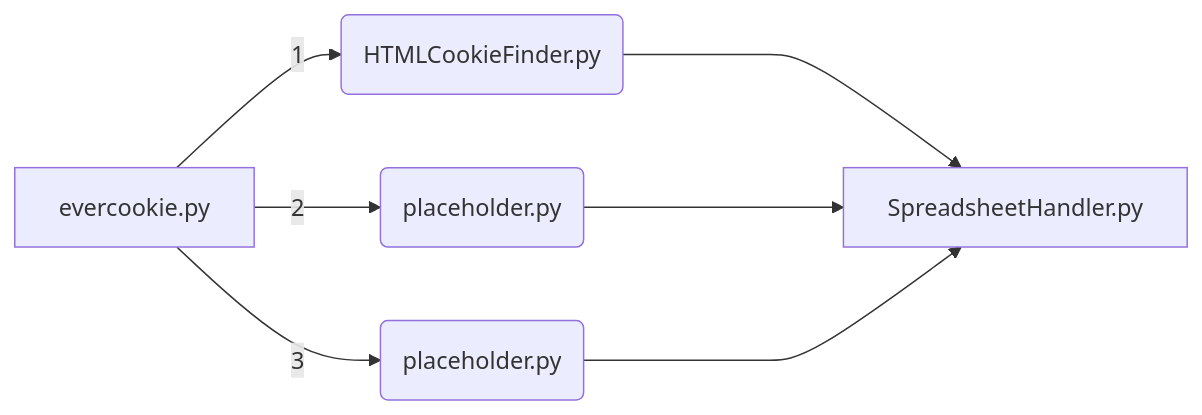
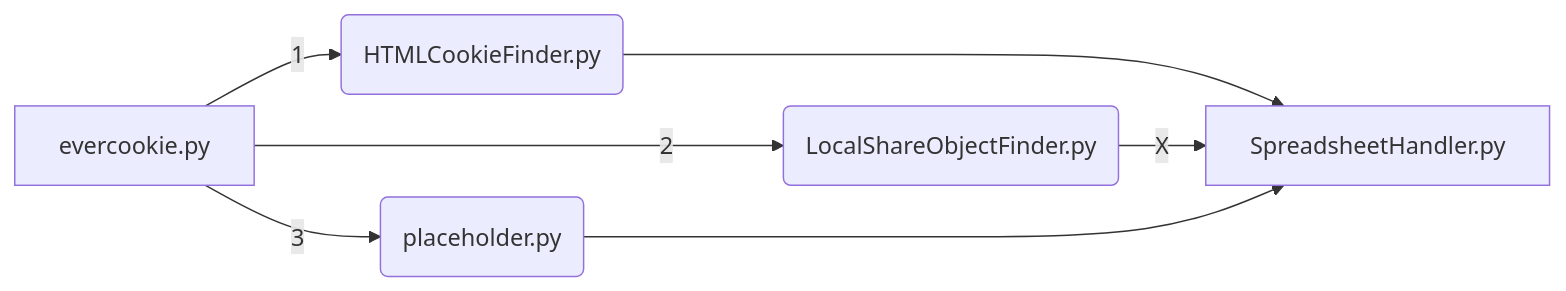
One commit to southwickIO/equable-destruction changed the diagram in README.md. Above: the diagram before and after it, drawn with Mermaid. The commit also changed other lines of this file and 6 other files, not shown here.

Commit message:
completed LocalShareObjectFinder.py

````diff
--- a/README.md
+++ b/README.md
@@ -17,10 +16,10 @@
 ```mermaid
 graph LR
 A[evercookie.py] -- 1 --> B(HTMLCookieFinder.py)
-A[evercookie.py] -- 2--> C(next.py)
-A[evercookie.py] -- 3--> D(next.py)
+A[evercookie.py] -- 2 --> C(LocalShareObjectFinder.py)
+A[evercookie.py] -- 3 --> D(next.py)
 
 B(HTMLCookieFinder.py) ----> E[SpreadsheetHandler.py]
-C(placeholder.py) ----> E[SpreadsheetHandler.py]
+C(LocalShareObjectFinder.py) -- X --> E[SpreadsheetHandler.py]
 D(placeholder.py) ----> E[SpreadsheetHandler.py]
 ```
````
